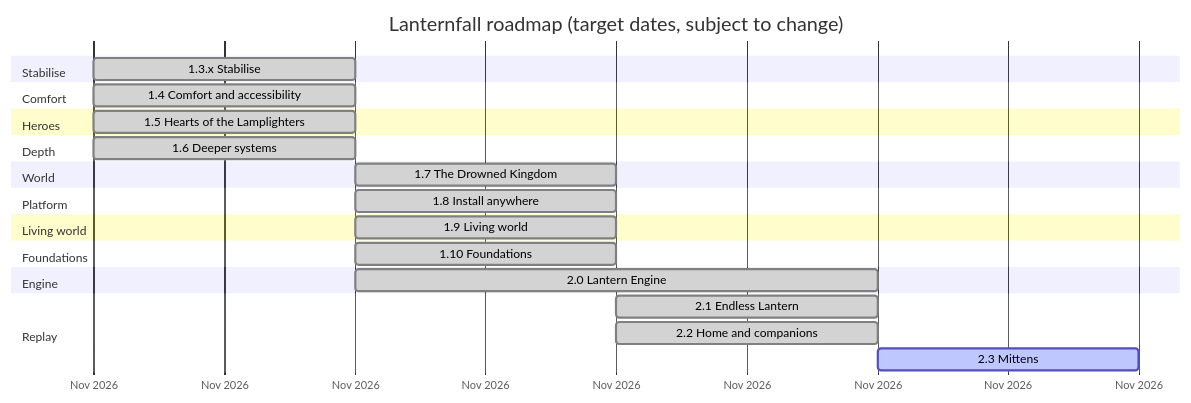
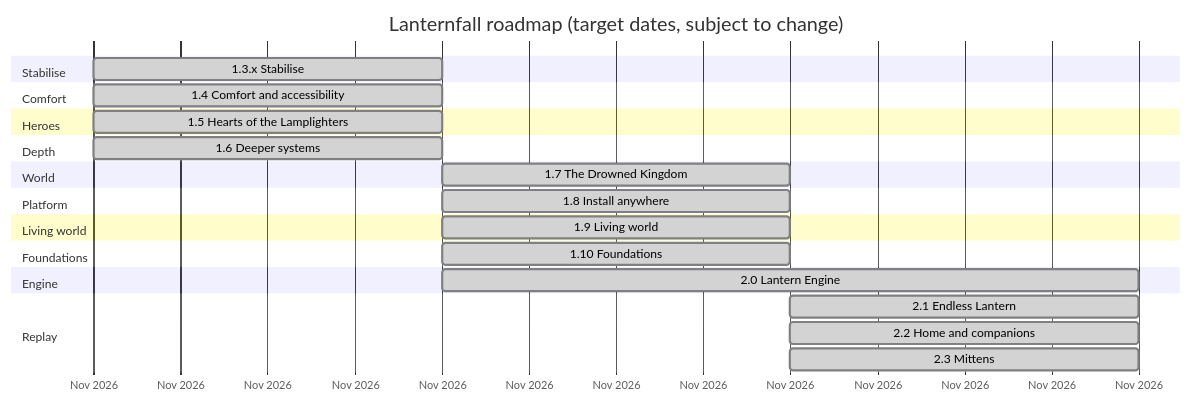
Before and after one commit to CptNope/Laternfall: the third of 13 diagrams in ROADMAP.md, drawn with Mermaid. The commit also changed other lines of this file and 3 other files, not shown here.

First line of the commit message:
Release 2.3.0: changelog, roadmap and desktop version

````diff
--- a/ROADMAP.md
+++ b/ROADMAP.md
@@ -99,28 +99,28 @@
 ```mermaid
 gantt
     title Lanternfall roadmap (target dates, subject to change)
     dateFormat YYYY-MM-DD
     axisFormat %b %Y
     section Stabilise
     1.3.x Stabilise                  :done, m13, 2026-11-23, 1d
     section Comfort
     1.4 Comfort and accessibility    :done, m14, 2026-11-23, 1d
     section Heroes
     1.5 Hearts of the Lamplighters   :done, m15, 2026-11-23, 1d
     section Depth
     1.6 Deeper systems               :done, m16, 2026-11-23, 1d
     section World
     1.7 The Drowned Kingdom          :done, m17, 2026-11-24, 1d
     section Platform
     1.8 Install anywhere             :done, m18, 2026-11-24, 1d
     section Living world
     1.9 Living world                 :done, m19, 2026-11-24, 1d
     section Foundations
     1.10 Foundations                 :done, m110, 2026-11-24, 1d
     section Engine
     2.0 Lantern Engine               :done, m20, 2026-11-24, 2d
     section Replay
     2.1 Endless Lantern              :done, m21, 2026-11-25, 1d
     2.2 Home and companions          :done, m22, 2026-11-25, 1d
-    2.3 Mittens                      :active, m23, 2026-11-26, 1d
+    2.3 Mittens                      :done, m23, 2026-11-25, 1d
 ```
````
